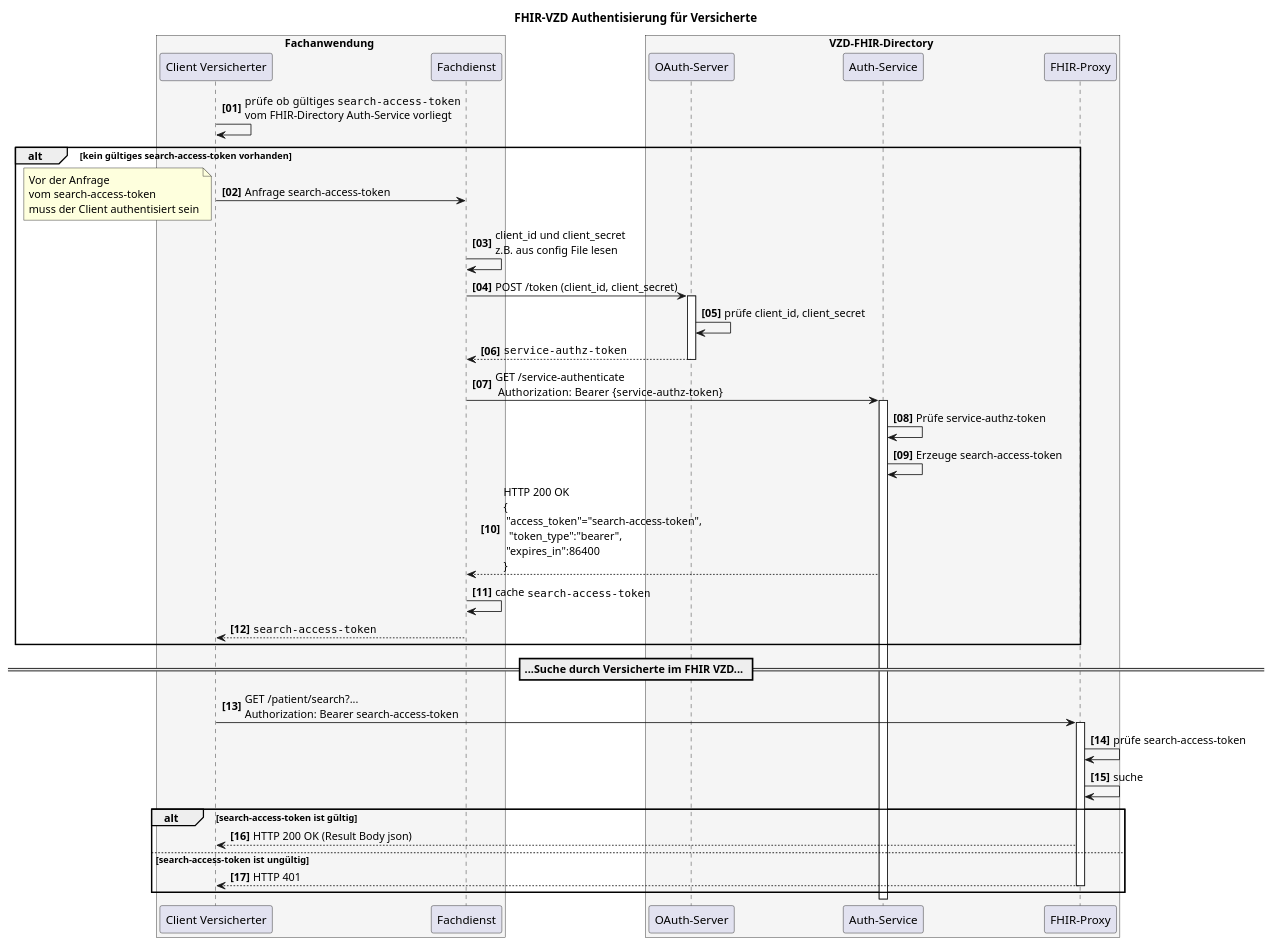
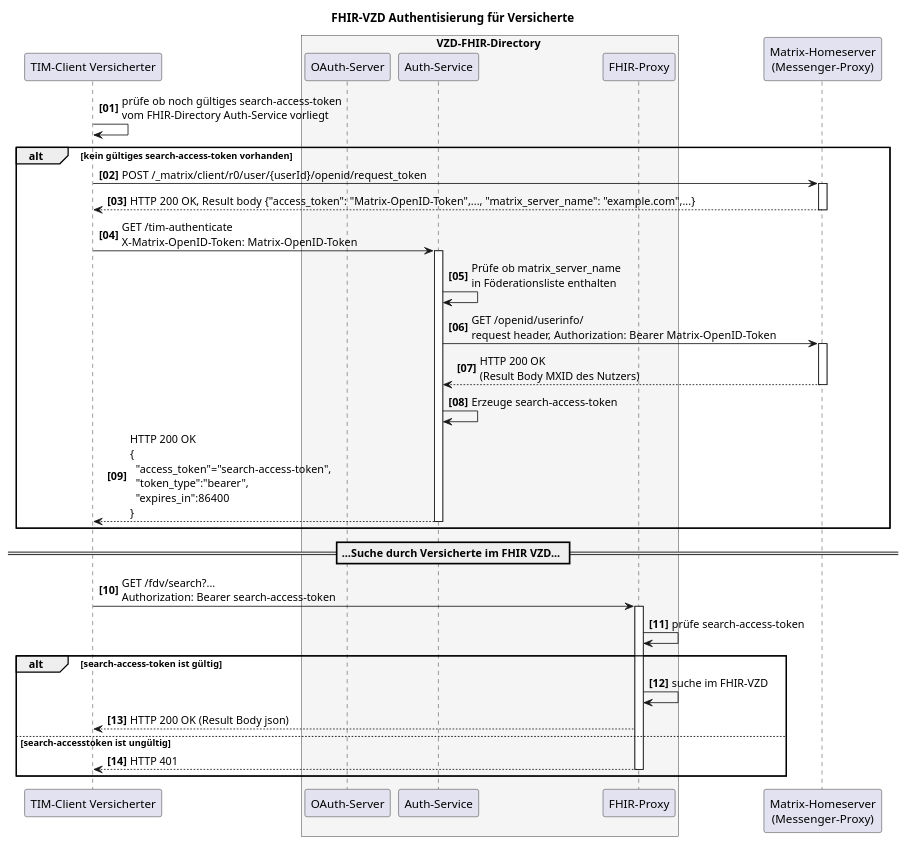
One commit to gematik/api-vzd changed the diagram in src/plantuml/SequenceDiagram.FHIR-Directory.fdv.search.tim.puml. Above: the diagram before and after it, drawn with PlantUML.

```diff
--- a/src/plantuml/SequenceDiagram.FHIR-Directory.fdv.search.tim.puml
+++ b/src/plantuml/SequenceDiagram.FHIR-Directory.fdv.search.tim.puml
@@ -1,58 +1,50 @@
 @startuml
 autonumber 1 1 "<b>[00]"
 title "FHIR-VZD Authentisierung für Versicherte"
 
-
-box Fachanwendung #WhiteSmoke
-    participant VClient as "Client Versicherter"
-    participant FDienst as "Fachdienst"
-end box
+participant VClient as "TIM-Client Versicherter"
 
 box VZD-FHIR-Directory #WhiteSmoke
     participant "OAuth-Server" as VzdOAuth
     participant "Auth-Service" as VzdAuth
     participant fp as "FHIR-Proxy"
 end box
 
+participant hs as "Matrix-Homeserver\n(Messenger-Proxy)"
 
-
-VClient-> VClient: prüfe ob  gültiges ""search-access-token""\nvom FHIR-Directory Auth-Service vorliegt
-
+VClient-> VClient: prüfe ob noch gültiges search-access-token\nvom FHIR-Directory Auth-Service vorliegt
 
 alt kein gültiges search-access-token vorhanden
-   VClient-> FDienst: Anfrage search-access-token
+   VClient-> hs: POST /_matrix/client/r0/user/{userId}/openid/request_token
+   activate hs
+   hs --> VClient: HTTP 200 OK, Result body {"access_token": "Matrix-OpenID-Token",..., "matrix_server_name": "example.com",...}
+   deactivate hs
 
-note left: Vor der Anfrage\nvom search-access-token\nmuss der Client authentisiert sein
+   VClient->VzdAuth++: GET /tim-authenticate \nX-Matrix-OpenID-Token: Matrix-OpenID-Token
 
-   
-   FDienst -> FDienst: client_id und client_secret\nz.B. aus config File lesen
-   FDienst ->VzdOAuth++: POST /token (client_id, client_secret)
-   VzdOAuth->VzdOAuth: prüfe client_id, client_secret
-   VzdOAuth-->FDienst--: ""service-authz-token""
+   VzdAuth-> VzdAuth: Prüfe ob matrix_server_name\nin Föderationsliste enthalten
+   VzdAuth-> hs: GET /openid/userinfo/\nrequest header, Authorization: Bearer Matrix-OpenID-Token
+   activate hs
+   hs --> VzdAuth: HTTP 200 OK\n(Result Body MXID des Nutzers)
+   deactivate hs
+   VzdAuth->VzdAuth: Erzeuge search-access-token
+   VzdAuth--> VClient: HTTP 200 OK\n{\n  "access_token"="search-access-token",\n  "token_type":"bearer",\n  "expires_in":86400\n}
+   deactivate VzdAuth
 
-   FDienst->VzdAuth++: GET /service-authenticate \n Authorization:   Bearer {service-authz-token}
-
-   VzdAuth->VzdAuth: Prüfe service-authz-token
-
-   VzdAuth->VzdAuth: Erzeuge search-access-token
-   VzdAuth-->FDienst: HTTP 200 OK\n{\n "access_token"="search-access-token",\n  "token_type":"bearer",\n "expires_in":86400\n}
-
-   FDienst->FDienst: cache ""search-access-token""
-
-   FDienst-->VClient: ""search-access-token""
 end
 
 == ...Suche durch Versicherte im FHIR VZD... ==
 
-VClient -> fp: GET /patient/search?... \nAuthorization: Bearer search-access-token
+VClient -> fp: GET /fdv/search?...\nAuthorization: Bearer search-access-token
 activate fp
 fp -> fp: prüfe search-access-token
-fp -> fp: suche
+
 alt search-access-token ist gültig
+   fp -> fp: suche im FHIR-VZD
    fp --> VClient : HTTP 200 OK (Result Body json)
- else search-access-token ist ungültig
+ else search-accesstoken ist ungültig
    fp --> VClient : HTTP 401
    deactivate fp
 end
 
 @enduml
```
